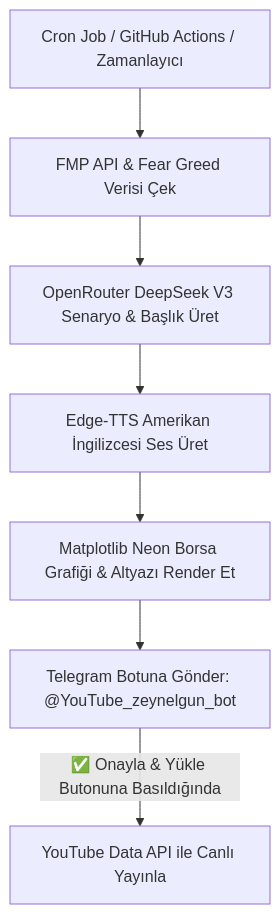
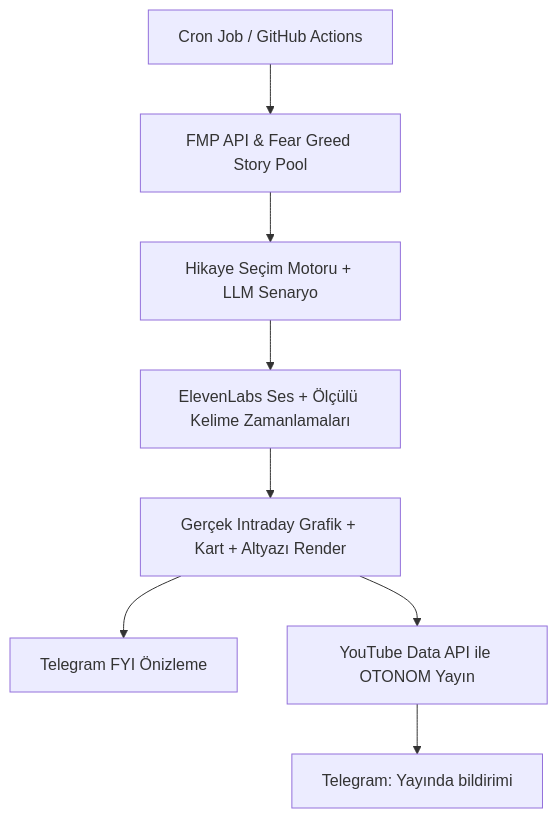
One commit to zeynelgun-afk/yt-stock-automation changed the diagram in PROJECT_SUMMARY.md. Above: the diagram before and after it, drawn with Mermaid. The commit also changed other lines of this file and 2 other files, not shown here.

Commit message:
Go fully autonomous: remove the dead approval gate, harden Telegram + YouTube paths
Deliberate design decision: the channel publishes with no human gate. The
inline-button approve/reject flow had zero call sites (dead code since the
FYI-only switch) — deleted, and docs now state the autonomy explicitly.

- telegram_bot: plain-text captions (Markdown parse_mode bounced any LLM
  title with an unbalanced */_), 50MB-aware previews (long recaps get a quick
  720p transcode instead of silently failing), FYI carries the measured
  video duration for pacing calibration.
- youtube_publisher: missing credentials now return '' with the reason in
  last_error instead of a mock ID that produced false '✅ Yayında' alerts;
  headless runners raise a clear re-consent message instead of blocking on an
  interactive browser OAuth flow until the job timeout; refresh failures
  carry the recovery recipe; uploads retry transient errors (num_retries=5).
- main_scheduler surfaces last_error in the upload-failure Telegram alert.

````diff
--- a/PROJECT_SUMMARY.md
+++ b/PROJECT_SUMMARY.md
@@ -36,9 +39,10 @@
 ```mermaid
 flowchart TD
-    A[Cron Job / GitHub Actions / Zamanlayıcı] --> B[FMP API & Fear Greed Verisi Çek]
-    B --> C[OpenRouter DeepSeek V3 Senaryo & Başlık Üret]
-    C --> D[Edge-TTS Amerikan İngilizcesi Ses Üret]
-    D --> E[Matplotlib Neon Borsa Grafiği & Altyazı Render Et]
-    E --> F[Telegram Botuna Gönder: @YouTube_zeynelgun_bot]
-    F -- "✅ Onayla & Yükle Butonuna Basıldığında" --> G[YouTube Data API ile Canlı Yayınla]
+    A[Cron Job / GitHub Actions] --> B[FMP API & Fear Greed Story Pool]
+    B --> C[Hikaye Seçim Motoru + LLM Senaryo]
+    C --> D[ElevenLabs Ses + Ölçülü Kelime Zamanlamaları]
+    D --> E[Gerçek Intraday Grafik + Kart + Altyazı Render]
+    E --> F[Telegram FYI Önizleme]
+    E --> G[YouTube Data API ile OTONOM Yayın]
+    G --> H[Telegram: Yayında bildirimi]
 ```
````
